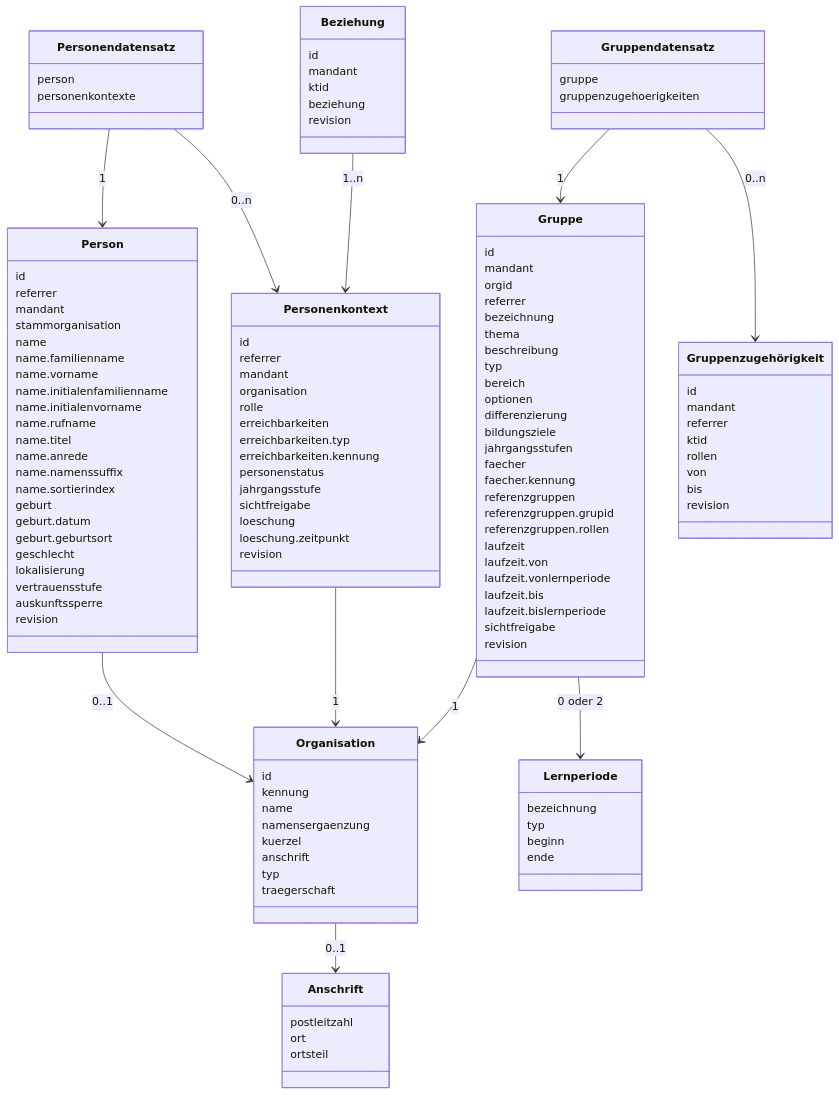
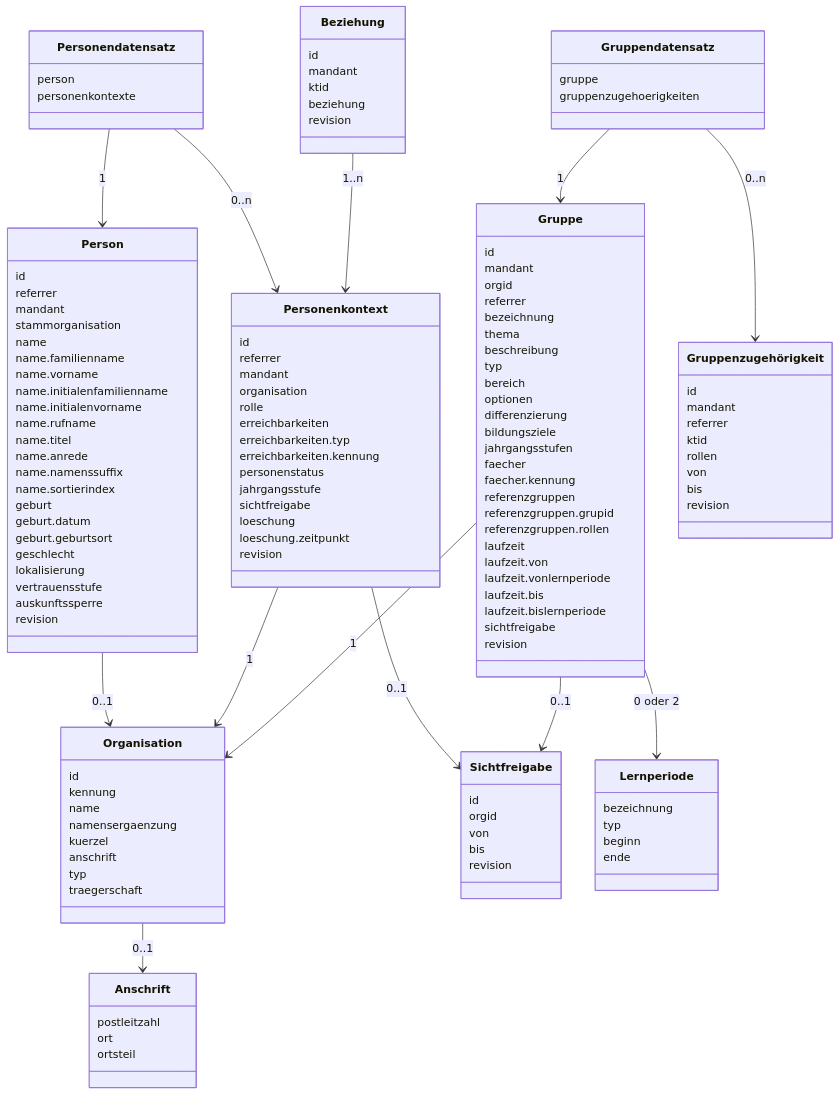
Before and after one commit to Schulconnex/Schulconnex: the diagram in docs/datenmodell/datenmodell.md, drawn with Mermaid. The commit also changed 3 other files, not shown here.

````diff
--- a/docs/datenmodell/datenmodell.md
+++ b/docs/datenmodell/datenmodell.md
@@ -16,11 +16,13 @@
   Beziehung --> Personenkontext : 1..n
   Person --> Organisation : 0..1
   Personenkontext --> Organisation : 1
+  Personenkontext --> Sichtfreigabe : 0..1
   Organisation --> Anschrift : 0..1
   Gruppe --> Organisation : 1
   Gruppendatensatz --> Gruppe : 1
   Gruppendatensatz --> Gruppenzugehörigkeit : 0..n
   Gruppe --> Lernperiode : 0 oder 2
+  Gruppe --> Sichtfreigabe : 0..1
   class Personendatensatz {
     person
     personenkontexte
@@ -134,4 +136,11 @@
     beginn
     ende
   }
+  class Sichtfreigabe {
+    id
+    orgid
+    von
+    bis
+    revision
+  }
 ```
````
